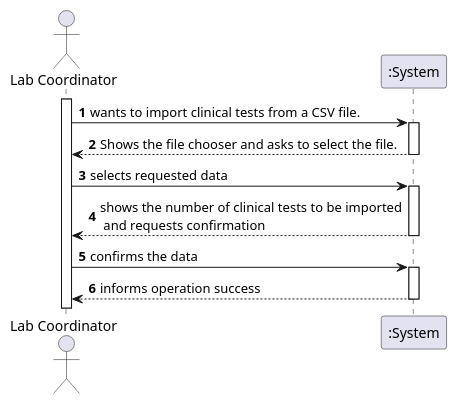
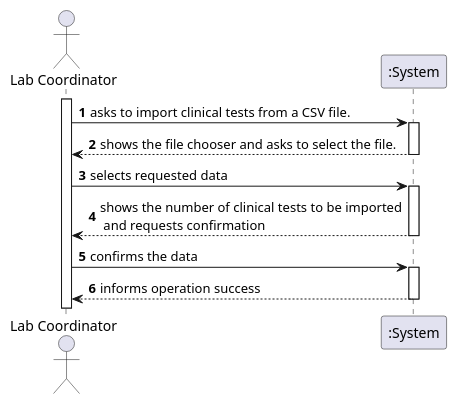
Before and after one commit to ana-albergaria/LAPR2-ISEP: the diagram in docs/SprintD/US_17/US17_SSD.puml, drawn with PlantUML. The commit also changed 5 other files, not shown here.

```diff
--- a/docs/SprintD/US_17/US17_SSD.puml
+++ b/docs/SprintD/US_17/US17_SSD.puml
@@ -1,21 +1,21 @@
 @startuml
 
 autonumber
 actor "Lab Coordinator" as MLT
 
 activate MLT
-MLT -> ":System" :  wants to import clinical tests from a CSV file.
+MLT -> ":System" :  asks to import clinical tests from a CSV file.
 activate ":System"
-":System" --> MLT : Shows the file chooser and asks to select the file.
+":System" --> MLT : shows the file chooser and asks to select the file.
 deactivate ":System"
 
 MLT -> ":System" : selects requested data
 activate ":System"
 ":System" --> MLT : shows the number of clinical tests to be imported\n and requests confirmation
 deactivate ":System"
 MLT -> ":System" : confirms the data
 activate ":System"
 ":System" --> MLT : informs operation success
 deactivate ":System"
 
 @enduml
```
